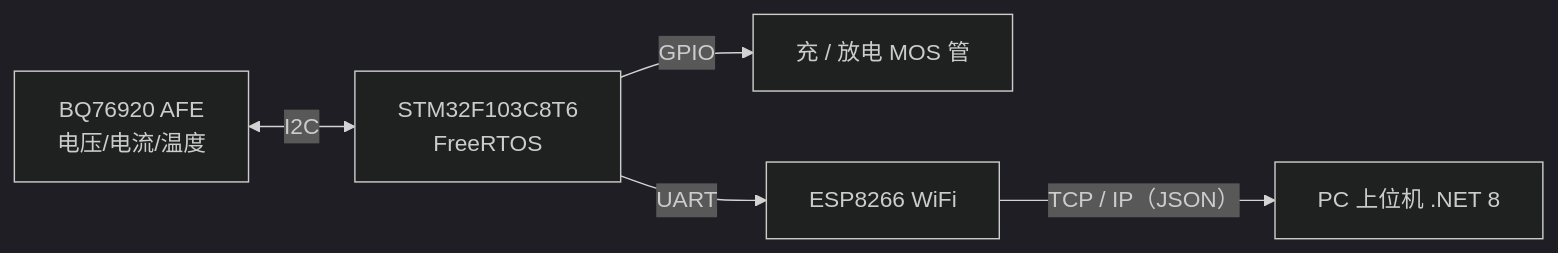
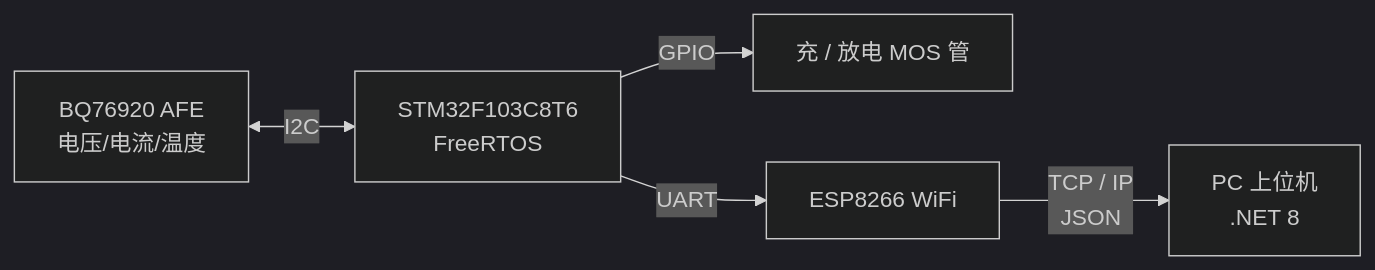
The first of 2 diagrams in docs/projects/BMS项目博客.md (QingFeng616/QingFeng616.github.io), drawn with Mermaid (dark theme) before and after one commit. The commit also changed other lines of this file and 3 other files, not shown here.

````diff
--- a/docs/projects/BMS项目博客.md
+++ b/docs/projects/BMS项目博客.md
@@ -13,7 +13,7 @@
 ```mermaid
-graph LR
+flowchart LR
     A[BQ76920 AFE<br/>电压/电流/温度] <-->|I2C| B[STM32F103C8T6<br/>FreeRTOS]
     B -->|GPIO| C[充 / 放电 MOS 管]
     B -->|UART| D[ESP8266 WiFi]
-    D -->|TCP / IP（JSON）| E[PC 上位机 .NET 8]
+    D -->|TCP / IP<br/>JSON| E[PC 上位机<br/>.NET 8]
 ```
````
